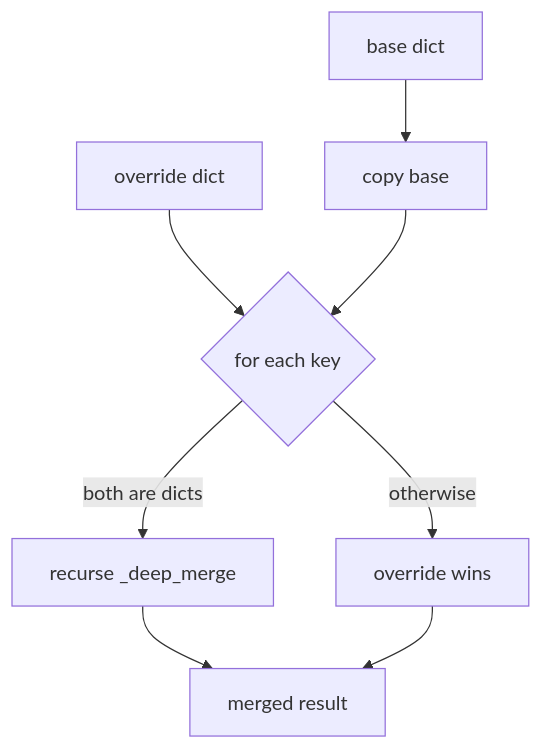
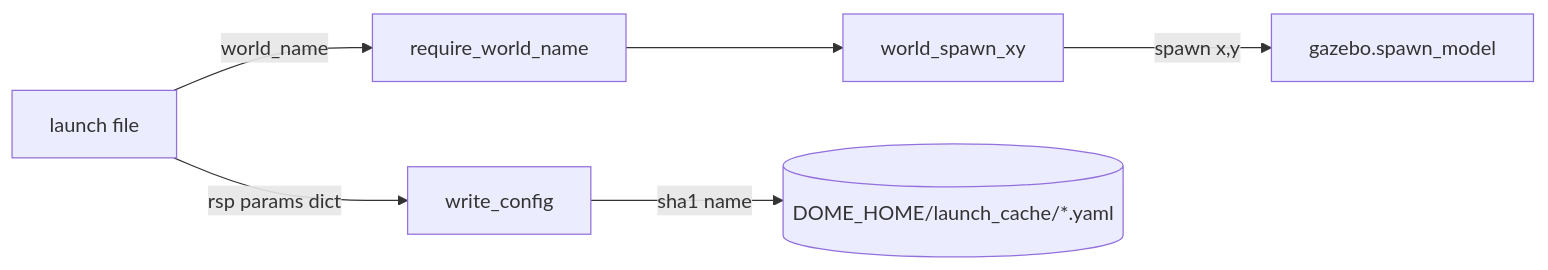
The diagram in 01-literate/01-utils.md (Boston-Robot-Hackers/dome_nav), drawn with Mermaid before and after one commit. The commit also changed other lines of this file and 5 other files, not shown here.

````diff
--- a/01-literate/01-utils.md
+++ b/01-literate/01-utils.md
@@ -67,10 +124,8 @@
 ```mermaid
-flowchart TD
-    A[base dict] --> C[copy base]
-    B[override dict] --> D{for each key}
-    C --> D
-    D -->|both are dicts| E[recurse _deep_merge]
-    D -->|otherwise| F[override wins]
-    E --> G[merged result]
-    F --> G
+flowchart LR
+    A[launch file] -->|world_name| B[require_world_name]
+    B --> C[world_spawn_xy]
+    A -->|rsp params dict| D[write_config]
+    D -->|sha1 name| E[(DOME_HOME/launch_cache/*.yaml)]
+    C -->|spawn x,y| F[gazebo.spawn_model]
 ```
````
